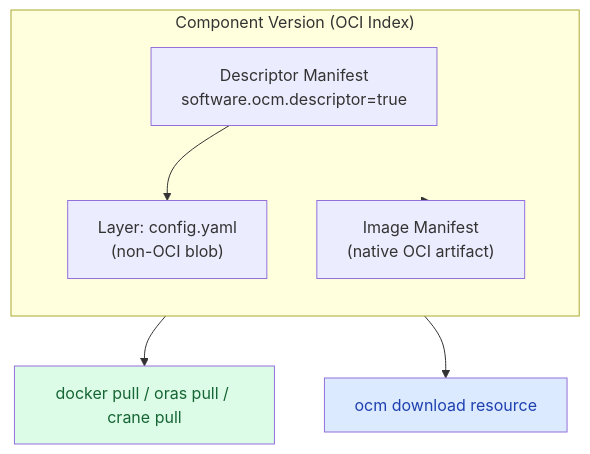
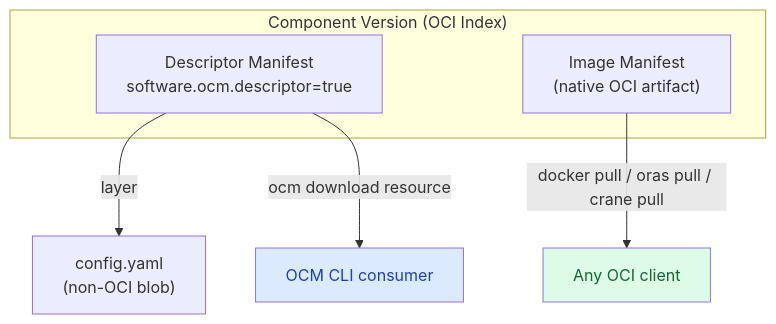
One commit to open-component-model/open-component-model changed the second of 2 diagrams in website/content/docs/tutorials/native-oci-image-stores.md. Above: the diagram before and after it, drawn with Mermaid. The commit also changed other lines of this file, not shown here.

Commit message:
docs: fix diagram edges and clarify localReference vs globalAccess
- Fix mermaid diagram: remove broken subgraph-to-node edge, use
  labeled edges showing access patterns for OCI vs non-OCI blobs
- Clarify that localReference is content-addressed and stable across
  transfers, while globalAccess is location-specific and changes when
  component moves to different registry

````diff
--- a/website/content/docs/tutorials/native-oci-image-stores.md
+++ b/website/content/docs/tutorials/native-oci-image-stores.md
@@ -461,18 +461,14 @@
 ```mermaid
 flowchart TB
     subgraph index ["Component Version (OCI Index)"]
-        direction TB
         Desc["Descriptor Manifest<br/>software.ocm.descriptor=true"]
         NativeImg["Image Manifest<br/>(native OCI artifact)"]
-        NonOCI["Layer: config.yaml<br/>(non-OCI blob)"]
     end
 
-    Desc --> NonOCI
-    index --> NativeImg
-
-    NativeImg --> Pull["docker pull / oras pull / crane pull"]
-    Desc --> OCM["ocm download resource"]
+    Desc -- "layer" --> NonOCI["config.yaml<br/>(non-OCI blob)"]
+    Desc -- "ocm download resource" --> OCM["OCM CLI consumer"]
+    NativeImg -- "docker pull / oras pull / crane pull" --> Pull["Any OCI client"]
 
     style Pull fill:#dcfce7,color:#166534
     style OCM fill:#dbeafe,color:#1e40af
 ```
````
